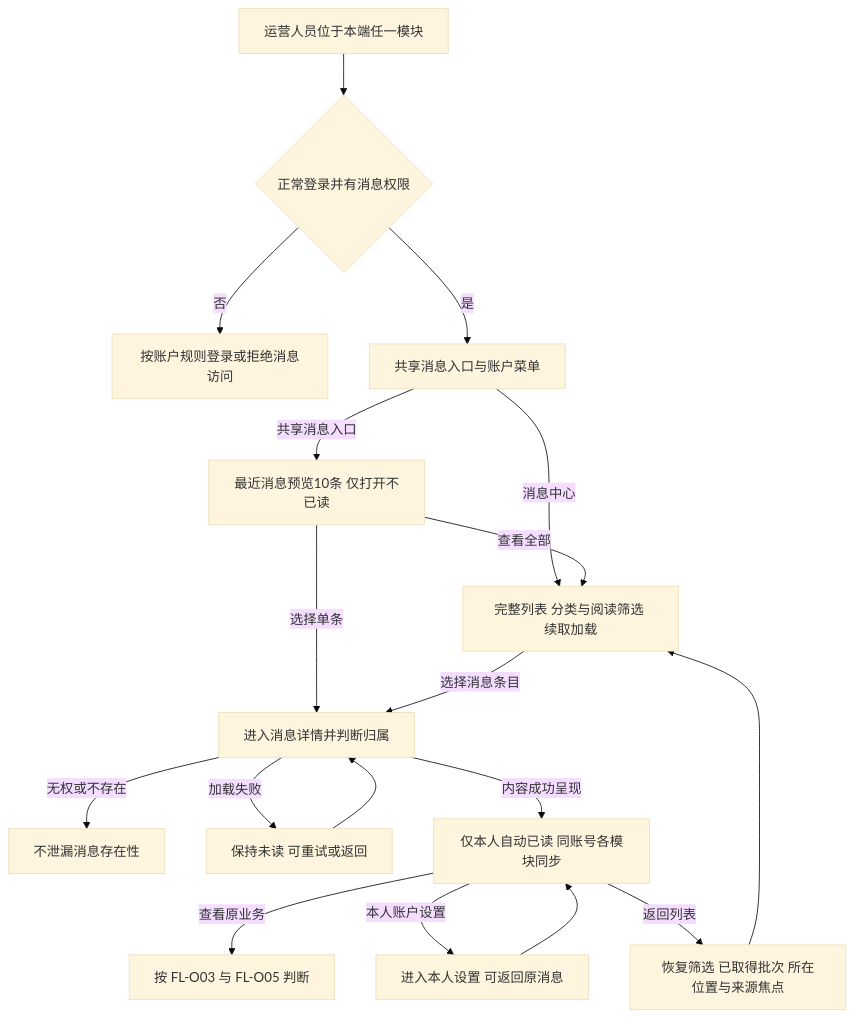
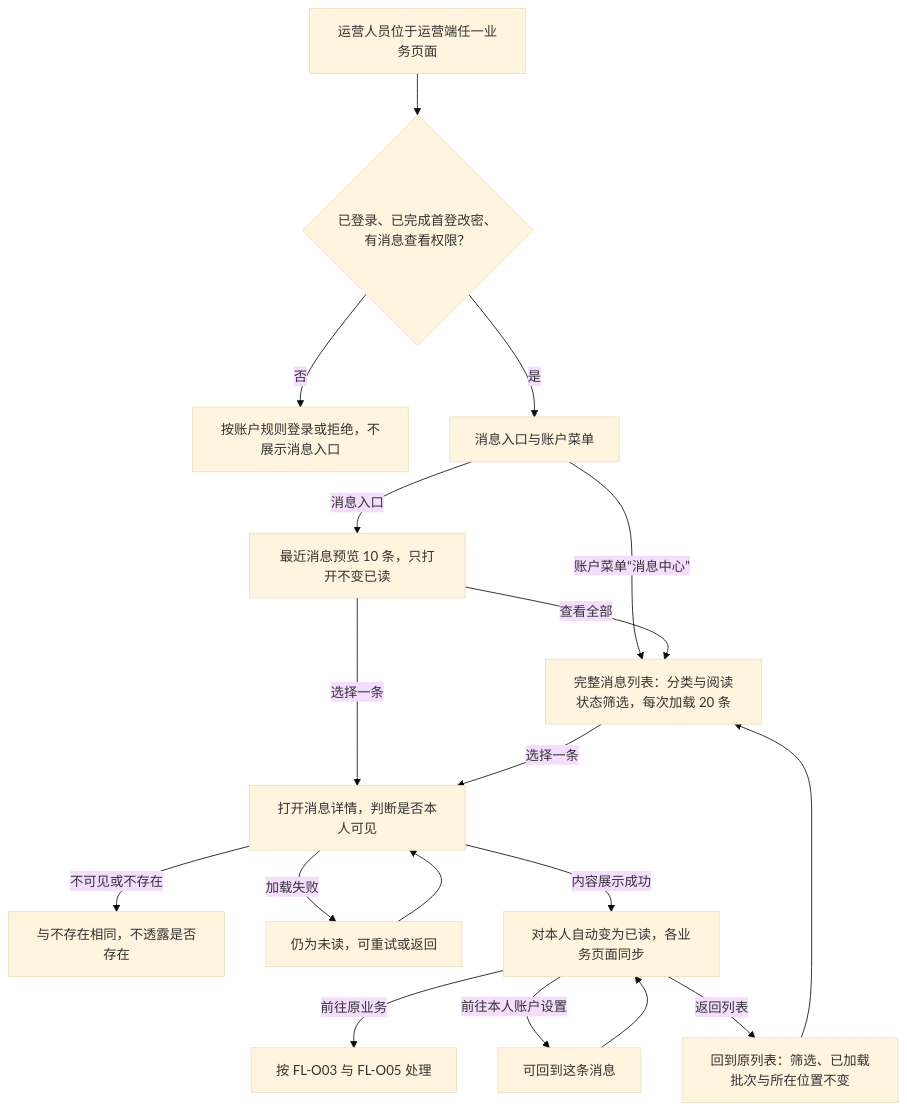
One commit to wxblockchain/Chain-Financing changed the first of 7 diagrams in lending-platform/PRD/运营端/07-运营端消息通知/02-运营端消息通知-流程图与状态机.md. Above: the diagram before and after it, drawn with Mermaid (base theme). The commit also changed other lines of this file and 6 other files, not shown here.

````diff
--- a/lending-platform/PRD/运营端/07-运营端消息通知/02-运营端消息通知-流程图与状态机.md
+++ b/lending-platform/PRD/运营端/07-运营端消息通知/02-运营端消息通知-流程图与状态机.md
@@ -22,20 +20,20 @@
 ```mermaid
 flowchart TD
-    A[运营人员位于本端任一模块] --> B{正常登录并有消息权限}
-    B -->|否| X[按账户规则登录或拒绝消息访问]
-    B -->|是| C[共享消息入口与账户菜单]
-    C -->|共享消息入口| D[最近消息预览10条 仅打开不已读]
-    C -->|消息中心| E[完整列表 分类与阅读筛选 续取加载]
+    A["运营人员位于运营端任一业务页面"] --> B{"已登录、已完成首登改密、有消息查看权限？"}
+    B -->|否| X["按账户规则登录或拒绝，不展示消息入口"]
+    B -->|是| C["消息入口与账户菜单"]
+    C -->|消息入口| D["最近消息预览 10 条，只打开不变已读"]
+    C -->|账户菜单“消息中心”| E["完整消息列表：分类与阅读状态筛选，每次加载 20 条"]
     D -->|查看全部| E
-    D -->|选择单条| F[进入消息详情并判断归属]
-    E -->|选择消息条目| F
-    F -->|无权或不存在| N[不泄漏消息存在性]
-    F -->|加载失败| R[保持未读 可重试或返回]
+    D -->|选择一条| F["打开消息详情，判断是否本人可见"]
+    E -->|选择一条| F
+    F -->|不可见或不存在| N["与不存在相同，不透露是否存在"]
+    F -->|加载失败| R["仍为未读，可重试或返回"]
     R --> F
-    F -->|内容成功呈现| G[仅本人自动已读 同账号各模块同步]
-    G -->|查看原业务| H[按 FL-O03 与 FL-O05 判断]
-    G -->|本人账户设置| I[进入本人设置 可返回原消息]
+    F -->|内容展示成功| G["对本人自动变为已读，各业务页面同步"]
+    G -->|前往原业务| H["按 FL-O03 与 FL-O05 处理"]
+    G -->|前往本人账户设置| I["可回到这条消息"]
     I --> G
-    G -->|返回列表| J[恢复筛选 已取得批次 所在位置与来源焦点]
+    G -->|返回列表| J["回到原列表：筛选、已加载批次与所在位置不变"]
     J --> E
 ```
````
